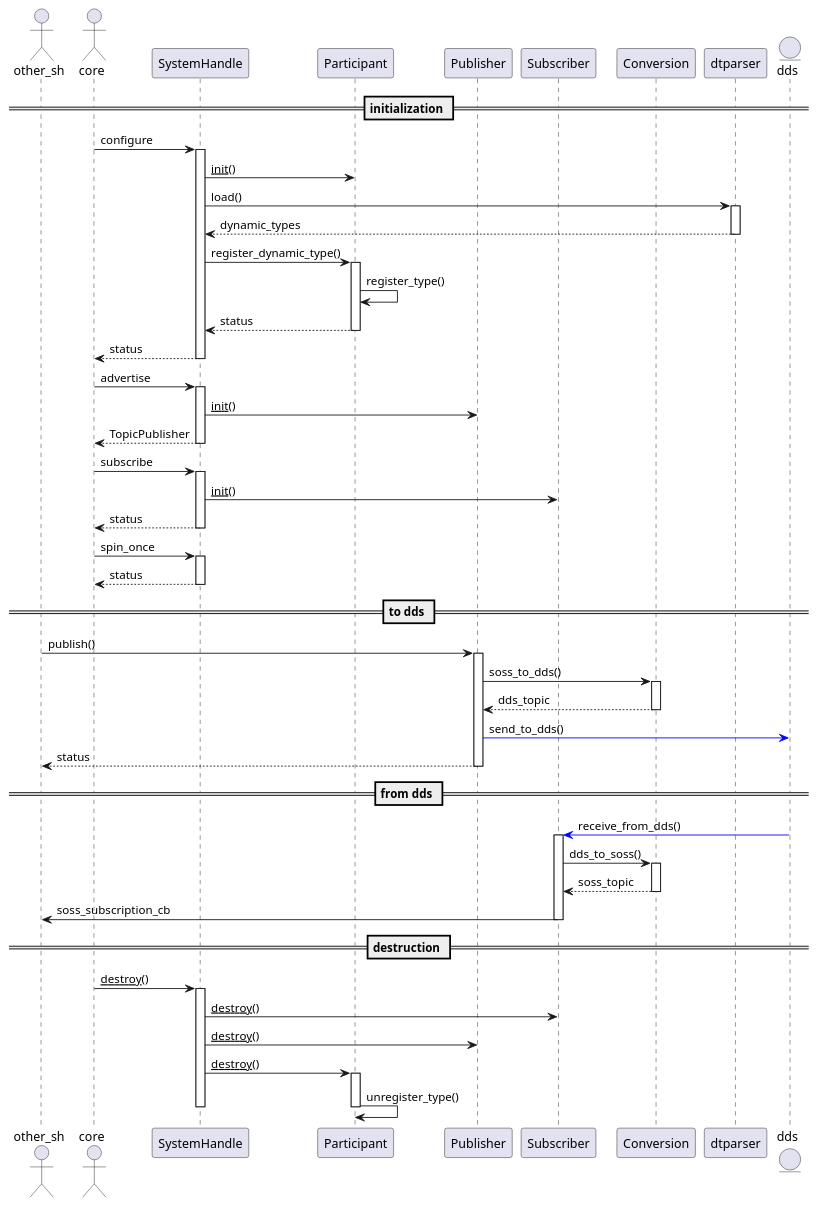
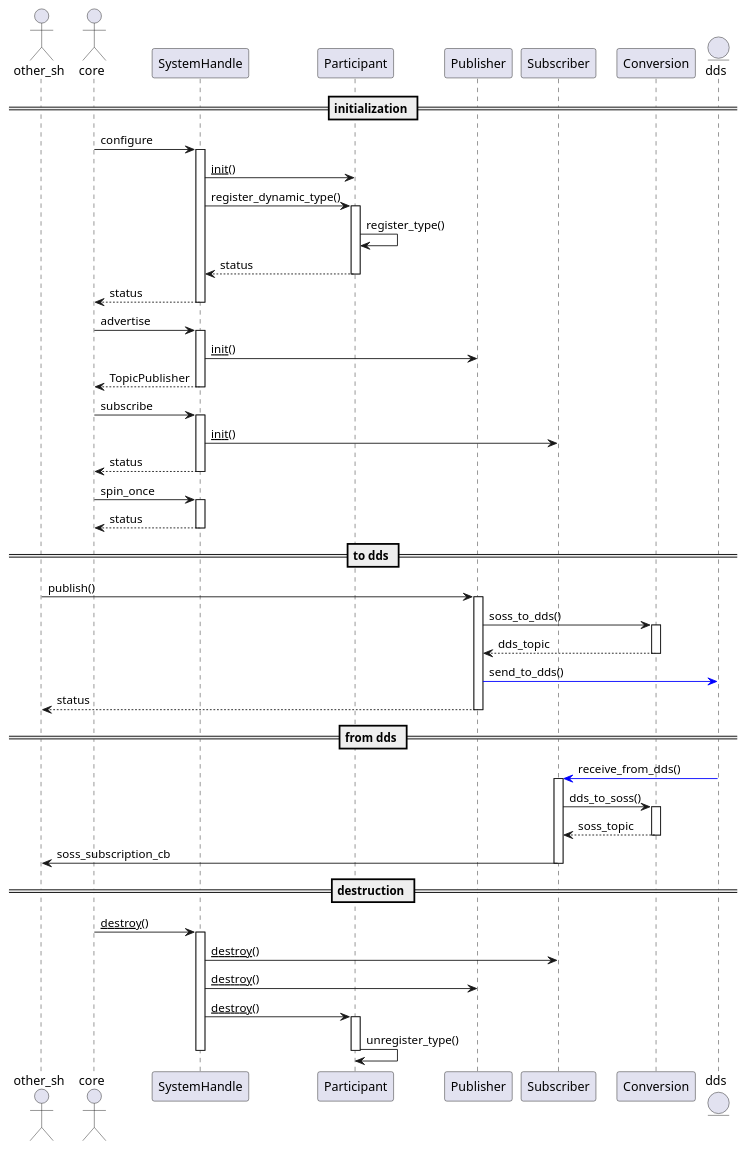
Before and after one commit to eProsima/FastDDS-SH: the diagram in doc/diagram-design/sequence.puml, drawn with PlantUML. The commit also changed 6 other files, not shown here.

```diff
--- a/doc/diagram-design/sequence.puml
+++ b/doc/diagram-design/sequence.puml
@@ -1,77 +1,72 @@
 @startuml
 actor other_sh
 actor core
 participant SystemHandle
 participant Participant
 participant Publisher
 participant Subscriber
 participant Conversion
-participant dtparser
 entity dds
 
 == initialization ==
 core -> SystemHandle: configure
 activate SystemHandle
 SystemHandle -> Participant: __init__()
-SystemHandle -> dtparser: load()
-activate dtparser
-SystemHandle <-- dtparser: dynamic_types
-deactivate dtparser
 SystemHandle -> Participant: register_dynamic_type()
 activate Participant
 Participant -> Participant: register_type()
 SystemHandle <-- Participant: status
 deactivate Participant
 core <-- SystemHandle: status
 deactivate SystemHandle
 
 core -> SystemHandle: advertise
 activate SystemHandle
 SystemHandle -> Publisher: __init__()
 core <-- SystemHandle: TopicPublisher
 deactivate SystemHandle
 
 core -> SystemHandle: subscribe
 activate SystemHandle
 SystemHandle -> Subscriber: __init__()
 core <-- SystemHandle: status
 deactivate SystemHandle
 
 core -> SystemHandle: spin_once
 activate SystemHandle
 core <-- SystemHandle: status
 deactivate SystemHandle
 
 == to dds ==
 other_sh -> Publisher: publish()
 activate Publisher
 Publisher -> Conversion: soss_to_dds()
 activate Conversion
 Publisher <-- Conversion: dds_topic
 deactivate Conversion
 Publisher -[#0000FF]> dds: send_to_dds()
 other_sh <-- Publisher: status
 deactivate Publisher
 
 == from dds ==
 dds -[#0000FF]> Subscriber: receive_from_dds()
 activate Subscriber
 Subscriber -> Conversion: dds_to_soss()
 activate Conversion
 Subscriber <-- Conversion: soss_topic
 deactivate Conversion
 Subscriber -> other_sh: soss_subscription_cb
 deactivate Subscriber
 
 == destruction ==
 core -> SystemHandle: __destroy__()
 activate SystemHandle
 SystemHandle -> Subscriber: __destroy__()
 SystemHandle -> Publisher: __destroy__()
 SystemHandle -> Participant: __destroy__()
 activate Participant
 Participant -> Participant: unregister_type()
 deactivate Participant
 deactivate SystemHandle
 
 @enduml
```
